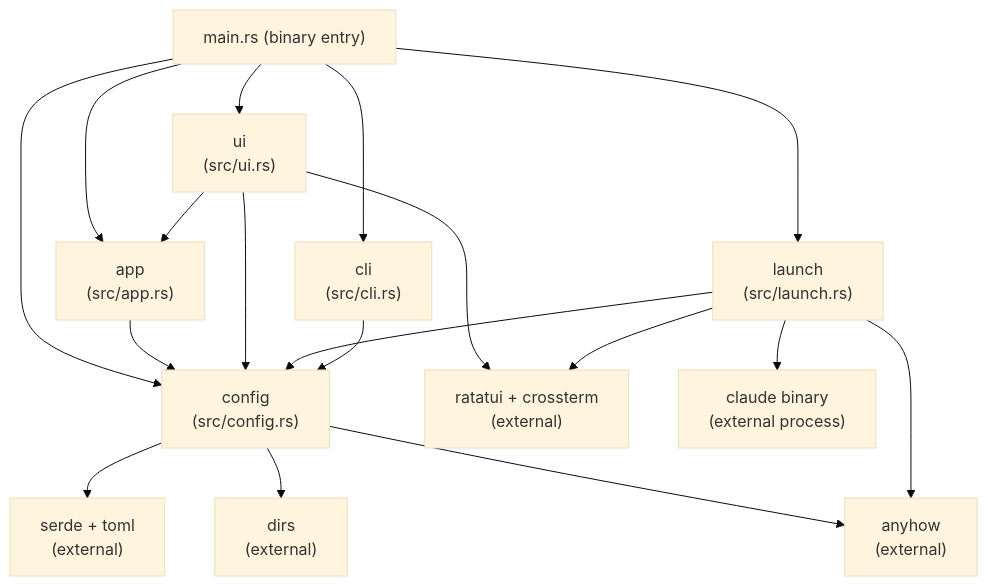
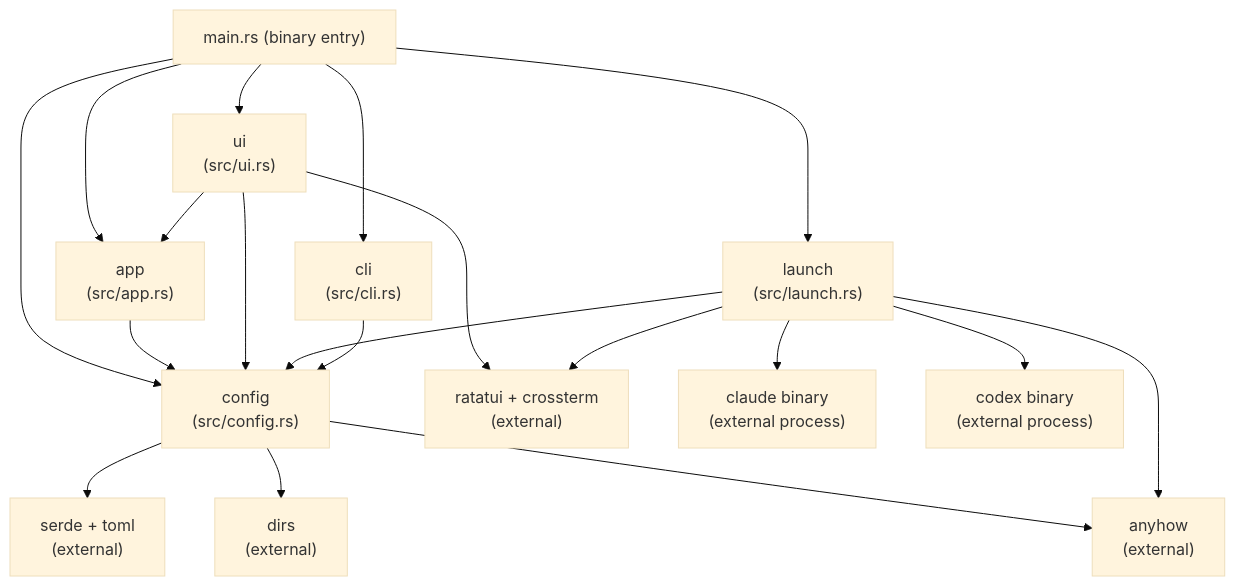
Before and after one commit to Xpectuer/cc_starter: the diagram in docs/modules/index.md, drawn with Mermaid (base theme). The commit also changed other lines of this file and 57 other files, not shown here.

````diff
--- a/docs/modules/index.md
+++ b/docs/modules/index.md
@@ -52,32 +52,35 @@
 ```mermaid
 graph TD
     main["main.rs (binary entry)"]
     config["config\n(src/config.rs)"]
     app["app\n(src/app.rs)"]
     ui["ui\n(src/ui.rs)"]
     launch["launch\n(src/launch.rs)"]
     cli["cli\n(src/cli.rs)"]
     serde["serde + toml\n(external)"]
     ratatui["ratatui + crossterm\n(external)"]
     dirs["dirs\n(external)"]
     anyhow["anyhow\n(external)"]
     claude["claude binary\n(external process)"]
+
+    codex["codex binary\n(external process)"]
 
     main --> config
     main --> app
     main --> ui
     main --> launch
     main --> cli
     app --> config
     ui --> app
     ui --> config
     ui --> ratatui
     launch --> config
     launch --> ratatui
     cli --> config
     config --> serde
     config --> dirs
     config --> anyhow
     launch --> anyhow
     launch --> claude
+    launch --> codex
 ```
````
